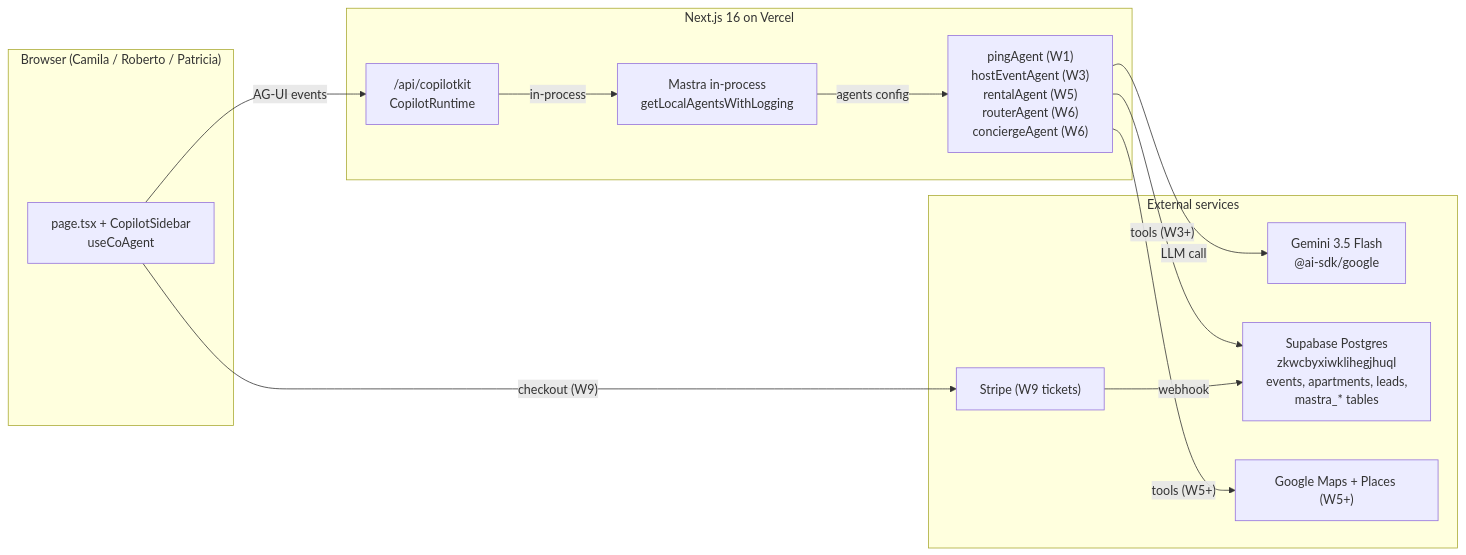
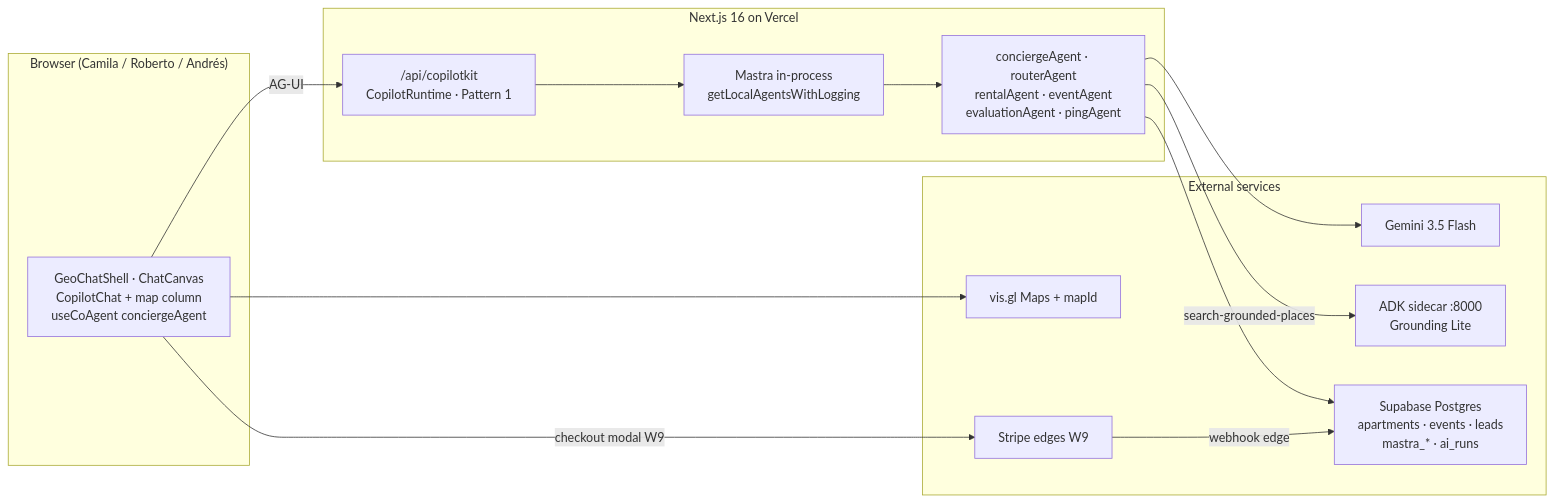
Before and after one commit to amo-tech-ai/mdeapp: the diagram in docs/ARCHITECTURE.md, drawn with Mermaid. The commit also changed other lines of this file and 44 other files, not shown here.

First line of the commit message:
test: vitest suite, Playwright screens, smoke scripts, and architecture docs

````diff
--- a/docs/ARCHITECTURE.md
+++ b/docs/ARCHITECTURE.md
@@ -11,25 +14,27 @@
 ```mermaid
 flowchart LR
-    subgraph Browser["Browser (Camila / Roberto / Patricia)"]
-        UI["page.tsx + CopilotSidebar<br/>useCoAgent<MdeState>"]
+    subgraph Browser["Browser (Camila / Roberto / Andrés)"]
+        UI["GeoChatShell · ChatCanvas<br/>CopilotChat + map column<br/>useCoAgent conciergeAgent"]
     end
     subgraph Vercel["Next.js 16 on Vercel"]
-        Route["/api/copilotkit<br/>CopilotRuntime"]
+        Route["/api/copilotkit<br/>CopilotRuntime · Pattern 1"]
         Mastra["Mastra in-process<br/>getLocalAgentsWithLogging"]
-        Agents["pingAgent (W1)<br/>hostEventAgent (W3)<br/>rentalAgent (W5)<br/>routerAgent (W6)<br/>conciergeAgent (W6)"]
+        Agents["conciergeAgent · routerAgent<br/>rentalAgent · eventAgent<br/>evaluationAgent · pingAgent"]
     end
     subgraph External["External services"]
-        Gemini["Gemini 3.5 Flash<br/>@ai-sdk/google"]
-        Supabase["Supabase Postgres<br/>zkwcbyxiwklihegjhuql<br/>events, apartments, leads,<br/>mastra_* tables"]
-        Maps["Google Maps + Places (W5+)"]
-        Stripe["Stripe (W9 tickets)"]
+        Gemini["Gemini 3.5 Flash"]
+        ADK["ADK sidecar :8000<br/>Grounding Lite"]
+        Supabase["Supabase Postgres<br/>apartments · events · leads<br/>mastra_* · ai_runs"]
+        Maps["vis.gl Maps + mapId"]
+        Stripe["Stripe edges W9"]
     end
-    UI -->|"AG-UI events"| Route
-    Route -->|"in-process"| Mastra
-    Mastra -->|"agents config"| Agents
-    Agents -->|"LLM call"| Gemini
-    Agents -->|"tools (W3+)"| Supabase
-    Agents -->|"tools (W5+)"| Maps
-    UI -->|"checkout (W9)"| Stripe
-    Stripe -->|"webhook"| Supabase
+    UI -->|"AG-UI"| Route
+    Route --> Mastra
+    Mastra --> Agents
+    Agents --> Gemini
+    Agents --> Supabase
+    Agents -->|"search-grounded-places"| ADK
+    UI --> Maps
+    UI -->|"checkout modal W9"| Stripe
+    Stripe -->|"webhook edge"| Supabase
 ```
````
